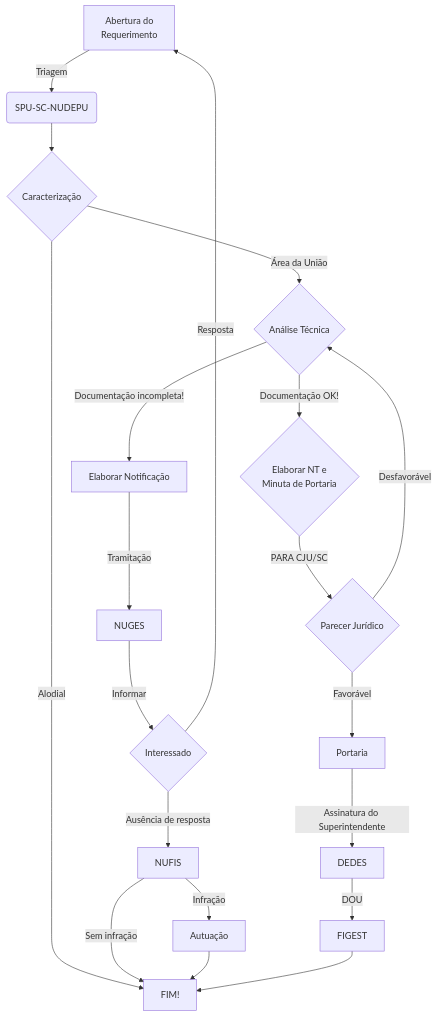
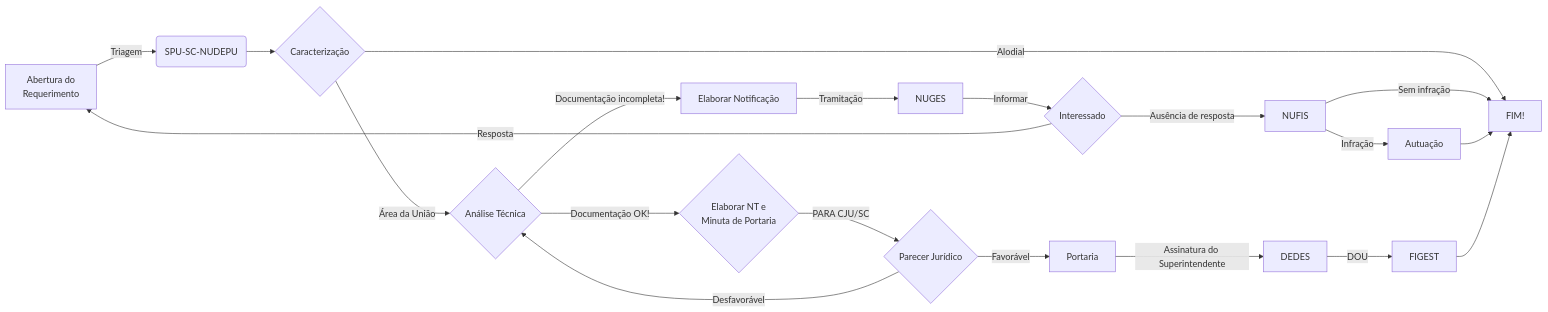
One commit to NUDEPU/autObras changed the diagram in fluxograma/index.md. Above: the diagram before and after it, drawn with Mermaid. The commit also changed other lines of this file, not shown here.

Commit message:
changes orientation to LR

````diff
--- a/fluxograma/index.md
+++ b/fluxograma/index.md
@@ -6,22 +6,22 @@
 ```mermaid
-graph TD
+graph LR
   A[Abertura do <br> Requerimento] -->|Triagem| B(SPU-SC-NUDEPU)
   B --> C{Caracterização}
   C -->|Área da União| D{Análise Técnica}
   C -->|Alodial| F
   D -->|Documentação OK!| E{Elaborar NT e <br> Minuta de Portaria}
   D -->|Documentação incompleta!| M[Elaborar Notificação]
   M -->|Tramitação| N[NUGES]
   N -->|Informar| O{Interessado}
   O -->|Ausência de resposta| P[NUFIS]
   O -->|Resposta| A
   P -->|Infração| Q[Autuação]
   P -->|Sem infração| F
   Q --> F
   E -->|PARA CJU/SC| I{Parecer Jurídico}
   I -->|Favorável| J[Portaria]
   J -->|Assinatura do Superintendente| K[DEDES]
   I -->|Desfavorável| D
   K -->|DOU| L[FIGEST]
   L --> F[FIM!]
 ```
````
